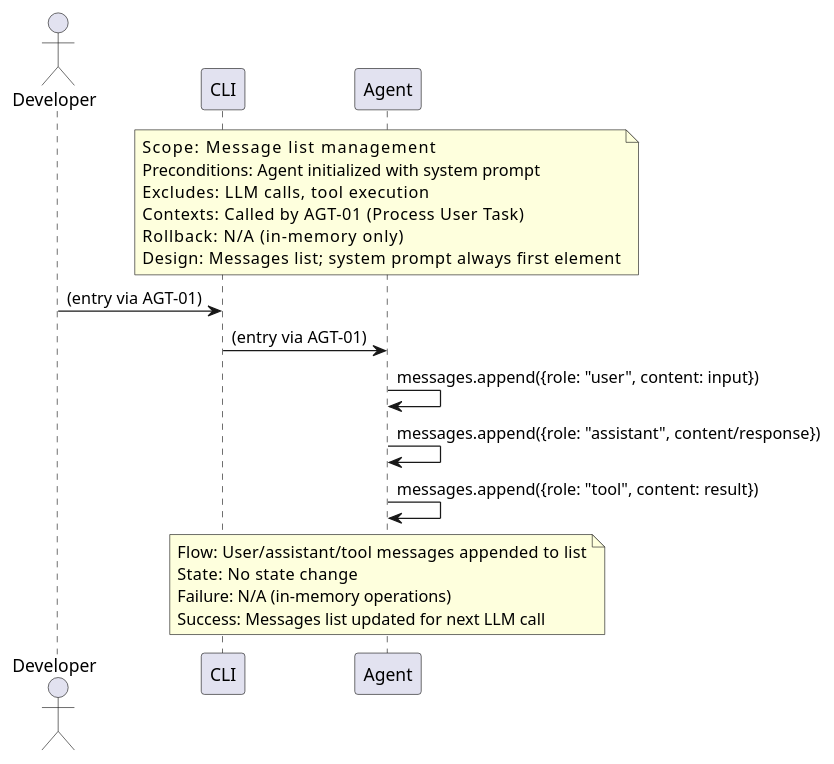
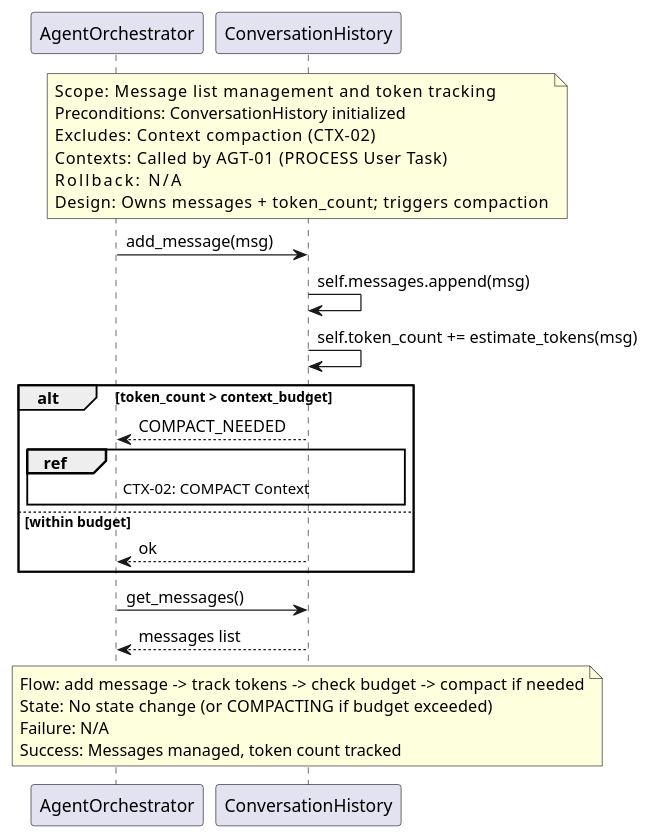
The diagram in docs/sq/AGT/sq_agt03_manage_conversation.puml (salimnamvar/nasim), drawn with PlantUML before and after one commit. The commit also changed 72 other files, not shown here.

```diff
--- a/docs/sq/AGT/sq_agt03_manage_conversation.puml
+++ b/docs/sq/AGT/sq_agt03_manage_conversation.puml
@@ -1,42 +1,50 @@
 @startuml sq_agt03_manage_conversation
 ' ============================================================
 ' Title:     AGT-03 — Manage Conversation
 ' Boundary:  nasim code agent CLI
-' Purpose:   Maintain message history and system prompt
-' Milestone: v0.1
-' Version:   1.0.0
-' Source:    —
-' Review:    docs/audit/audit_2026-06-20_design-chain.md
+' Purpose:   Message list management and token tracking
+' Milestone: v1.0
+' Version:   2.0.0
+' Source:    docs/audit/audit_2026-06-20_capability-and-architecture.md
+' Review:    —
 ' ============================================================
 
-actor "Developer" as user
-participant "CLI" as cli
-participant "Agent" as agent
+participant "AgentOrchestrator" as agent
+participant "ConversationHistory" as history
 
-box "Agent Core (agent.py)" #E3F2FD
+box "Agent Layer" #E3F2FD
 end box
 
-note over agent
-  Scope:          Message list management
-  Preconditions:  Agent initialized with system prompt
-  Excludes:       LLM calls, tool execution
-  Contexts:       Called by AGT-01 (Process User Task)
-  Rollback:       N/A (in-memory only)
-  Design:         Messages list; system prompt always first element
+note over history
+  Scope:          Message list management and token tracking
+  Preconditions:  ConversationHistory initialized
+  Excludes:       Context compaction (CTX-02)
+  Contexts:       Called by AGT-01 (PROCESS User Task)
+  Rollback:       N/A
+  Design:         Owns messages + token_count; triggers compaction
 end note
 
-user -> cli : (entry via AGT-01)
-cli -> agent : (entry via AGT-01)
+agent -> history : add_message(msg)
+history -> history : self.messages.append(msg)
+history -> history : self.token_count += estimate_tokens(msg)
 
-agent -> agent : messages.append({role: "user", content: input})
-agent -> agent : messages.append({role: "assistant", content/response})
-agent -> agent : messages.append({role: "tool", content: result})
+alt token_count > context_budget
+    history --> agent : COMPACT_NEEDED
+    ref over history, agent
+      CTX-02: COMPACT Context
+    end ref
+else within budget
+    history --> agent : ok
+end
 
-note over agent
-  Flow:    User/assistant/tool messages appended to list
-  State:   No state change
-  Failure: N/A (in-memory operations)
-  Success: Messages list updated for next LLM call
+agent -> history : get_messages()
+history --> agent : messages list
+
+note over history
+  Flow:    add message -> track tokens -> check budget -> compact if needed
+  State:   No state change (or COMPACTING if budget exceeded)
+  Failure: N/A
+  Success: Messages managed, token count tracked
 end note
 
 @enduml
```
